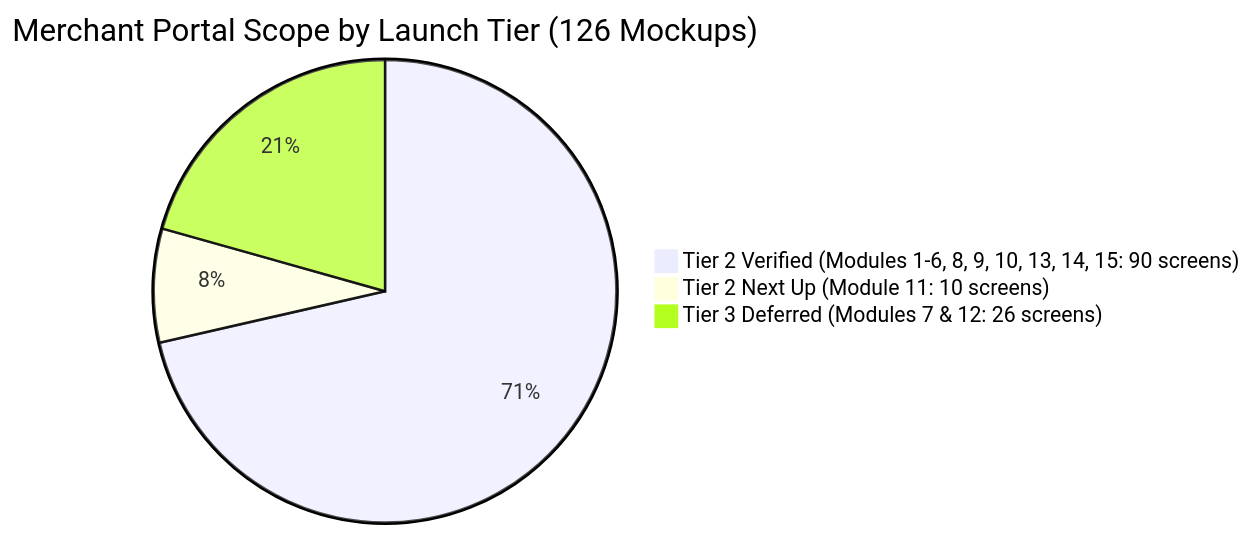
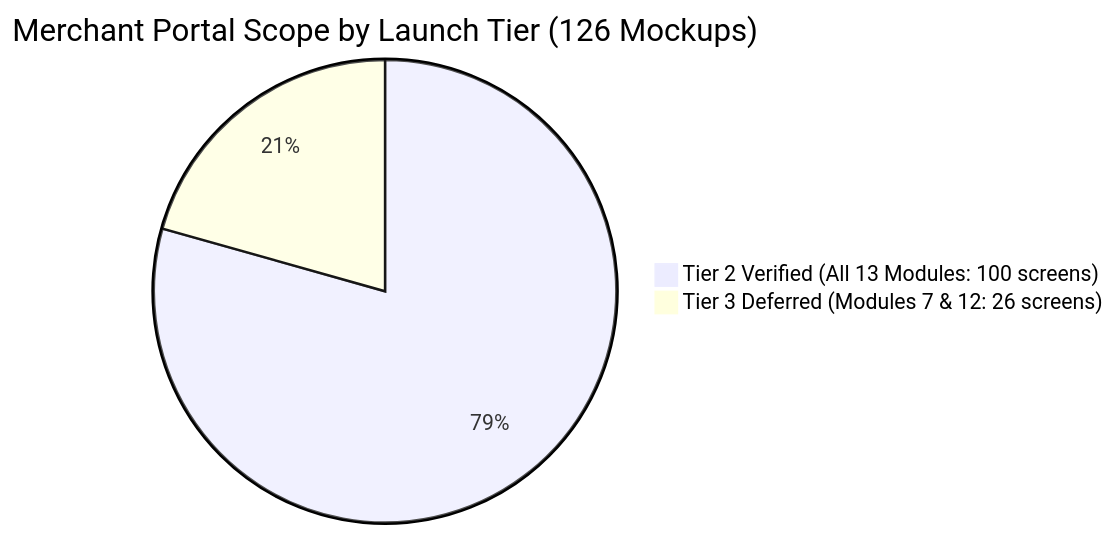
The first of 3 diagrams in merchant_web_hardening_tracker.md (UtkarshShrivastava1/qucom-platform-root), drawn with Mermaid before and after one commit. The commit also changed other lines of this file and 24 other files, not shown here.

````diff
--- a/merchant_web_hardening_tracker.md
+++ b/merchant_web_hardening_tracker.md
@@ -24,6 +24,5 @@
 ```mermaid
 pie title Merchant Portal Scope by Launch Tier (126 Mockups)
-    "Tier 2 Verified (Modules 1-6, 8, 9, 10, 13, 14, 15: 90 screens)" : 90
-    "Tier 2 Next Up (Module 11: 10 screens)" : 10
+    "Tier 2 Verified (All 13 Modules: 100 screens)" : 100
     "Tier 3 Deferred (Modules 7 & 12: 26 screens)" : 26
 ```
````
